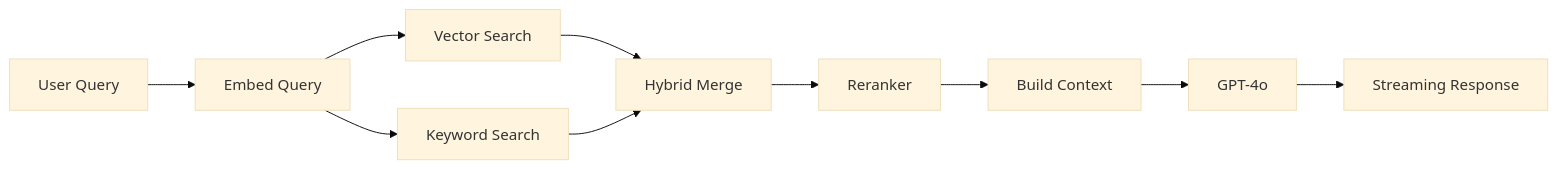
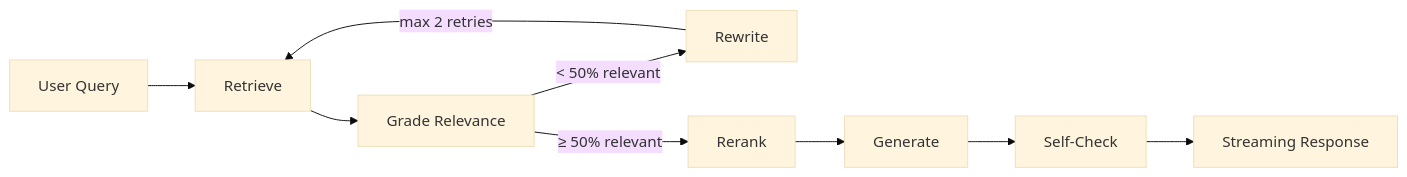
Before and after one commit to pranavkalal/AI-Knowledge-Hub: the diagram in docs/RETRIEVAL.md, drawn with Mermaid (base theme). The commit also changed other lines of this file and 2 other files, not shown here.

Commit message:
feat: Implement and document a LangGraph-based Corrective RAG pipeline with self-healing query rewriting and hallucination detection.

````diff
--- a/docs/RETRIEVAL.md
+++ b/docs/RETRIEVAL.md
@@ -7,12 +7,11 @@
 ```mermaid
 flowchart LR
-    Q[User Query] --> Embed[Embed Query]
-    Embed --> Vector[Vector Search]
-    Embed --> Keyword[Keyword Search]
-    Vector --> Hybrid[Hybrid Merge]
-    Keyword --> Hybrid
-    Hybrid --> Rerank[Reranker]
-    Rerank --> Context[Build Context]
-    Context --> LLM[GPT-4o]
-    LLM --> Stream[Streaming Response]
+    Q[User Query] --> Retrieve
+    Retrieve --> Grade[Grade Relevance]
+    Grade -->|< 50% relevant| Rewrite
+    Rewrite -->|max 2 retries| Retrieve
+    Grade -->|≥ 50% relevant| Rerank
+    Rerank --> Generate
+    Generate --> Evaluate[Self-Check]
+    Evaluate --> Stream[Streaming Response]
 ```
````
